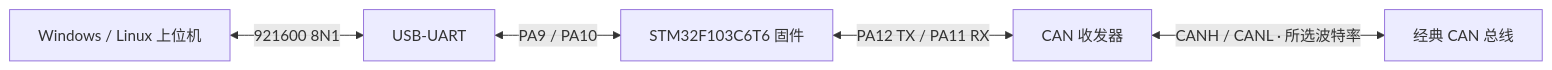
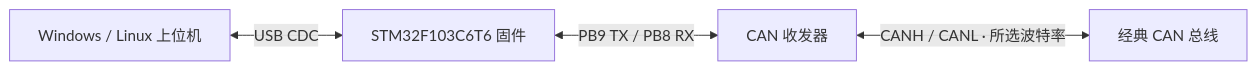
Before and after one commit to waibibabowaibiwaibi/stm32f103c6t6_candevice: the diagram in README.md, drawn with Mermaid. The commit also changed other lines of this file and 41 other files, not shown here.

Commit message:
Prototype native USB CDC CAN transport

````diff
--- a/README.md
+++ b/README.md
@@ -103,7 +103,6 @@
 ```mermaid
 flowchart LR
-    PC[Windows / Linux 上位机] <-->|921600 8N1| UART[USB-UART]
-    UART <-->|PA9 / PA10| MCU[STM32F103C6T6 固件]
-    MCU <-->|PA12 TX / PA11 RX| PHY[CAN 收发器]
+    PC[Windows / Linux 上位机] <-->|USB CDC| MCU[STM32F103C6T6 固件]
+    MCU <-->|PB9 TX / PB8 RX| PHY[CAN 收发器]
     PHY <-->|CANH / CANL · 所选波特率| BUS[经典 CAN 总线]
 ```
````
